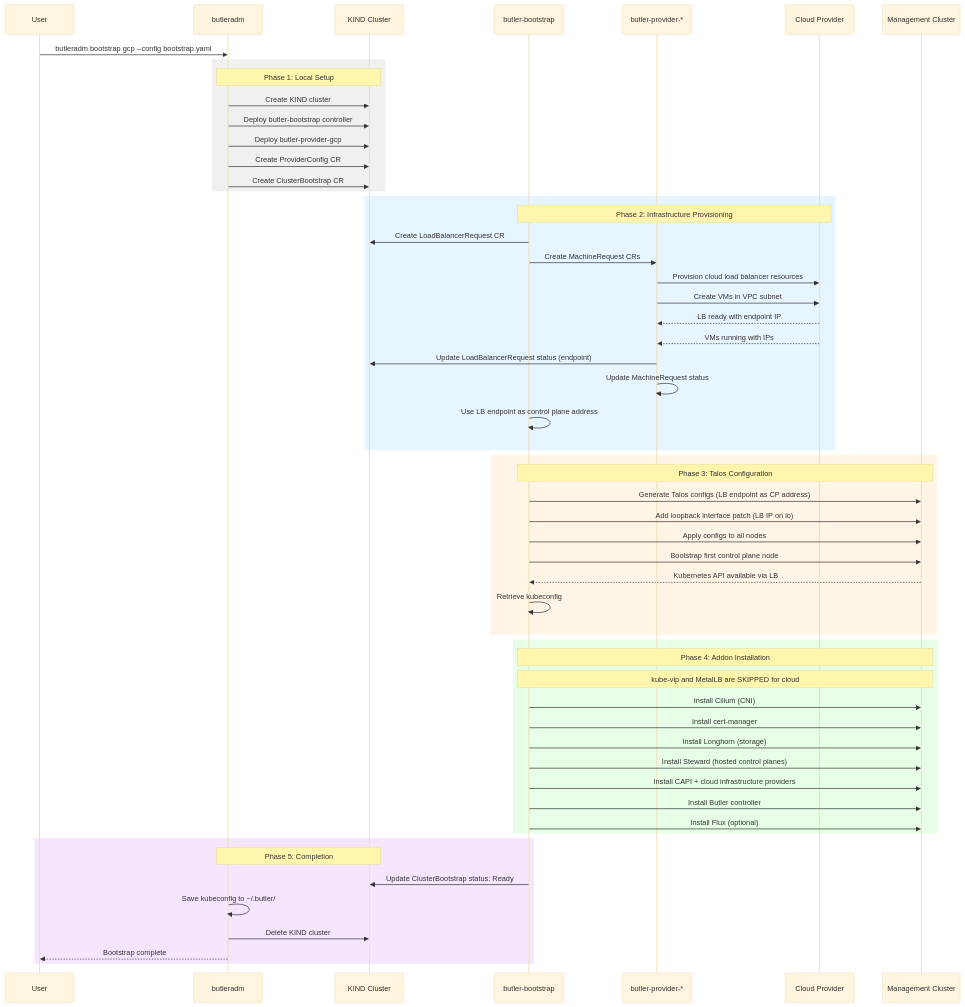
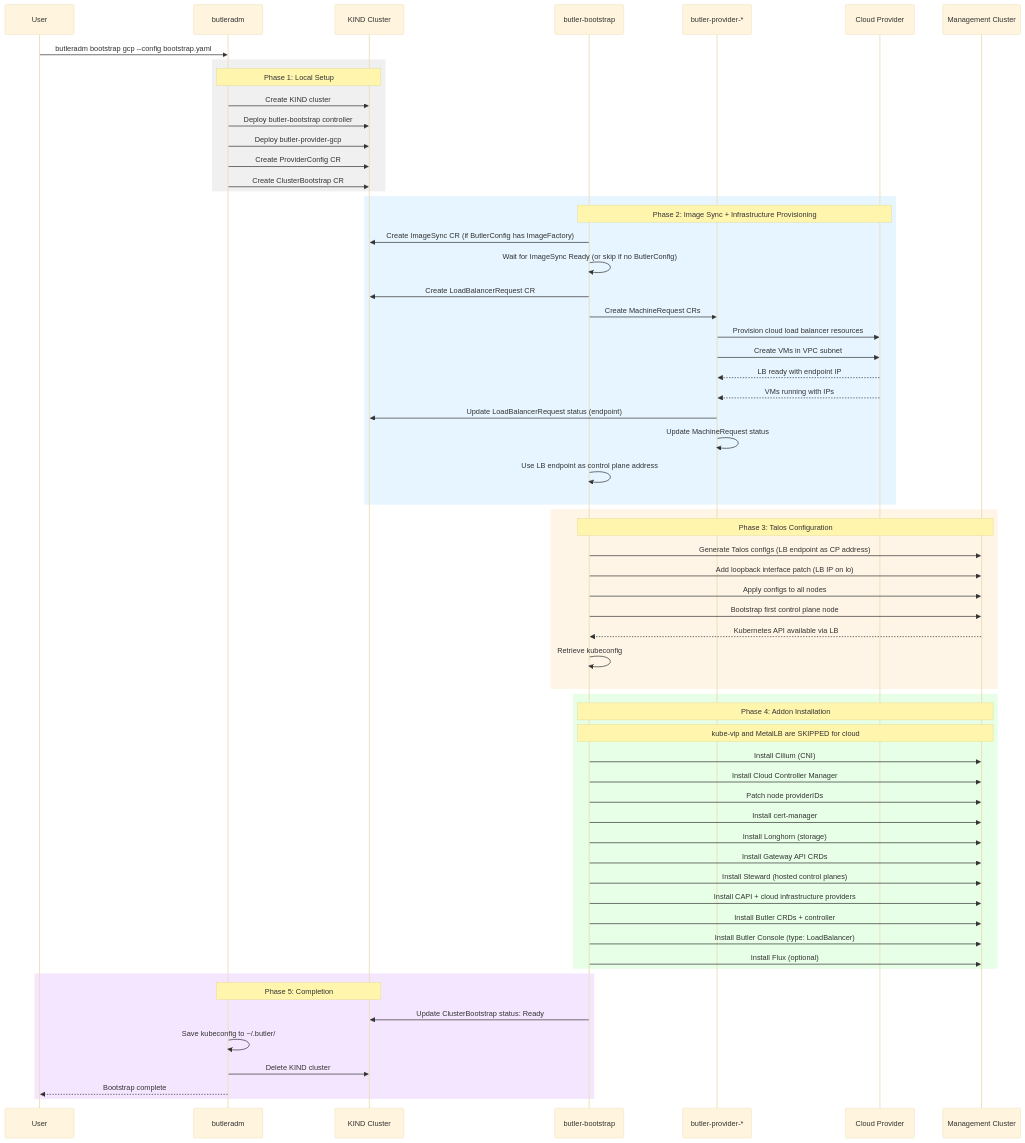
Before and after one commit to butlerdotdev/butler: the second of 2 diagrams in docs/architecture/bootstrap-flow.md, drawn with Mermaid (base theme). The commit also changed other lines of this file and 8 other files, not shown here.

````diff
--- a/docs/architecture/bootstrap-flow.md
+++ b/docs/architecture/bootstrap-flow.md
@@ -106,64 +110,70 @@
 ```mermaid
 sequenceDiagram
     participant User
     participant CLI as butleradm
     participant KIND as KIND Cluster
     participant Bootstrap as butler-bootstrap
     participant Provider as butler-provider-*
     participant Cloud as Cloud Provider
     participant MC as Management Cluster
 
     User->>CLI: butleradm bootstrap gcp --config bootstrap.yaml
 
     rect rgb(240, 240, 240)
         Note over CLI,KIND: Phase 1: Local Setup
         CLI->>KIND: Create KIND cluster
         CLI->>KIND: Deploy butler-bootstrap controller
         CLI->>KIND: Deploy butler-provider-gcp
         CLI->>KIND: Create ProviderConfig CR
         CLI->>KIND: Create ClusterBootstrap CR
     end
 
     rect rgb(230, 245, 255)
-        Note over Bootstrap,Cloud: Phase 2: Infrastructure Provisioning
+        Note over Bootstrap,Cloud: Phase 2: Image Sync + Infrastructure Provisioning
+        Bootstrap->>KIND: Create ImageSync CR (if ButlerConfig has ImageFactory)
+        Bootstrap->>Bootstrap: Wait for ImageSync Ready (or skip if no ButlerConfig)
         Bootstrap->>KIND: Create LoadBalancerRequest CR
         Bootstrap->>Provider: Create MachineRequest CRs
         Provider->>Cloud: Provision cloud load balancer resources
         Provider->>Cloud: Create VMs in VPC subnet
         Cloud-->>Provider: LB ready with endpoint IP
         Cloud-->>Provider: VMs running with IPs
         Provider->>KIND: Update LoadBalancerRequest status (endpoint)
         Provider->>Provider: Update MachineRequest status
         Bootstrap->>Bootstrap: Use LB endpoint as control plane address
     end
 
     rect rgb(255, 245, 230)
         Note over Bootstrap,MC: Phase 3: Talos Configuration
         Bootstrap->>MC: Generate Talos configs (LB endpoint as CP address)
         Bootstrap->>MC: Add loopback interface patch (LB IP on lo)
         Bootstrap->>MC: Apply configs to all nodes
         Bootstrap->>MC: Bootstrap first control plane node
         MC-->>Bootstrap: Kubernetes API available via LB
         Bootstrap->>Bootstrap: Retrieve kubeconfig
     end
 
     rect rgb(230, 255, 230)
         Note over Bootstrap,MC: Phase 4: Addon Installation
         Note over Bootstrap,MC: kube-vip and MetalLB are SKIPPED for cloud
         Bootstrap->>MC: Install Cilium (CNI)
+        Bootstrap->>MC: Install Cloud Controller Manager
+        Bootstrap->>MC: Patch node providerIDs
         Bootstrap->>MC: Install cert-manager
         Bootstrap->>MC: Install Longhorn (storage)
+        Bootstrap->>MC: Install Gateway API CRDs
         Bootstrap->>MC: Install Steward (hosted control planes)
         Bootstrap->>MC: Install CAPI + cloud infrastructure providers
-        Bootstrap->>MC: Install Butler controller
+        Bootstrap->>MC: Install Butler CRDs + controller
+        Bootstrap->>MC: Install Butler Console (type: LoadBalancer)
         Bootstrap->>MC: Install Flux (optional)
     end
 
     rect rgb(245, 230, 255)
         Note over CLI,KIND: Phase 5: Completion
         Bootstrap->>KIND: Update ClusterBootstrap status: Ready
         CLI->>CLI: Save kubeconfig to ~/.butler/
         CLI->>KIND: Delete KIND cluster
         CLI-->>User: Bootstrap complete
     end
 ```
````
